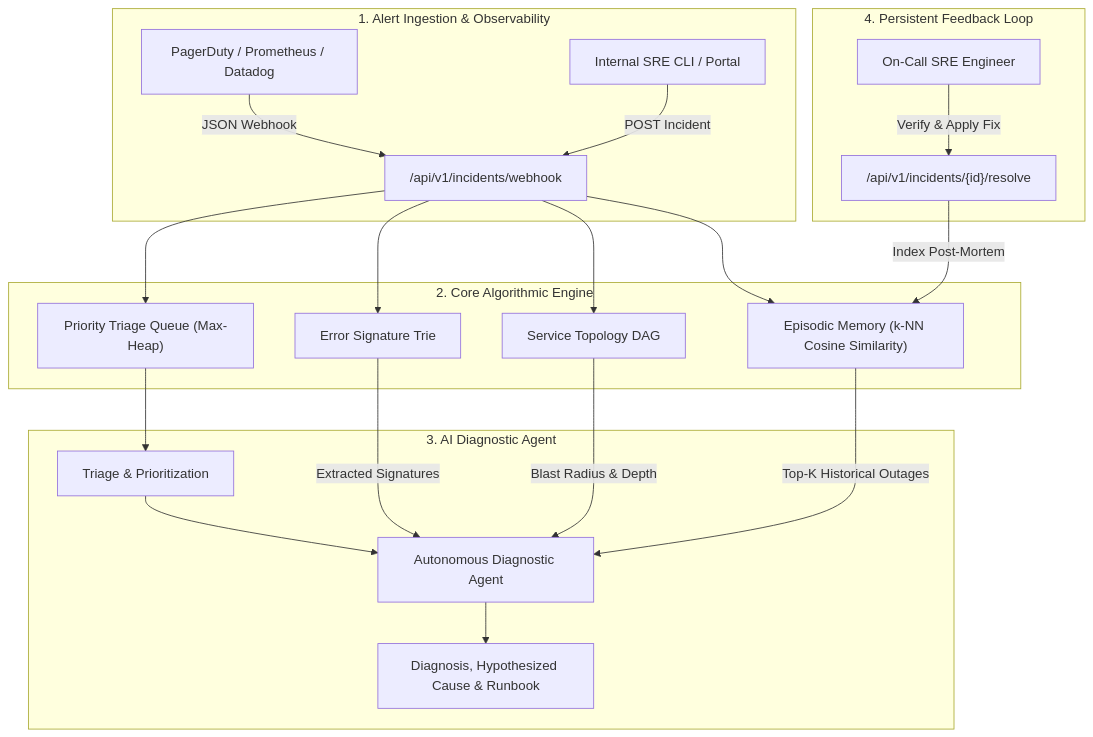
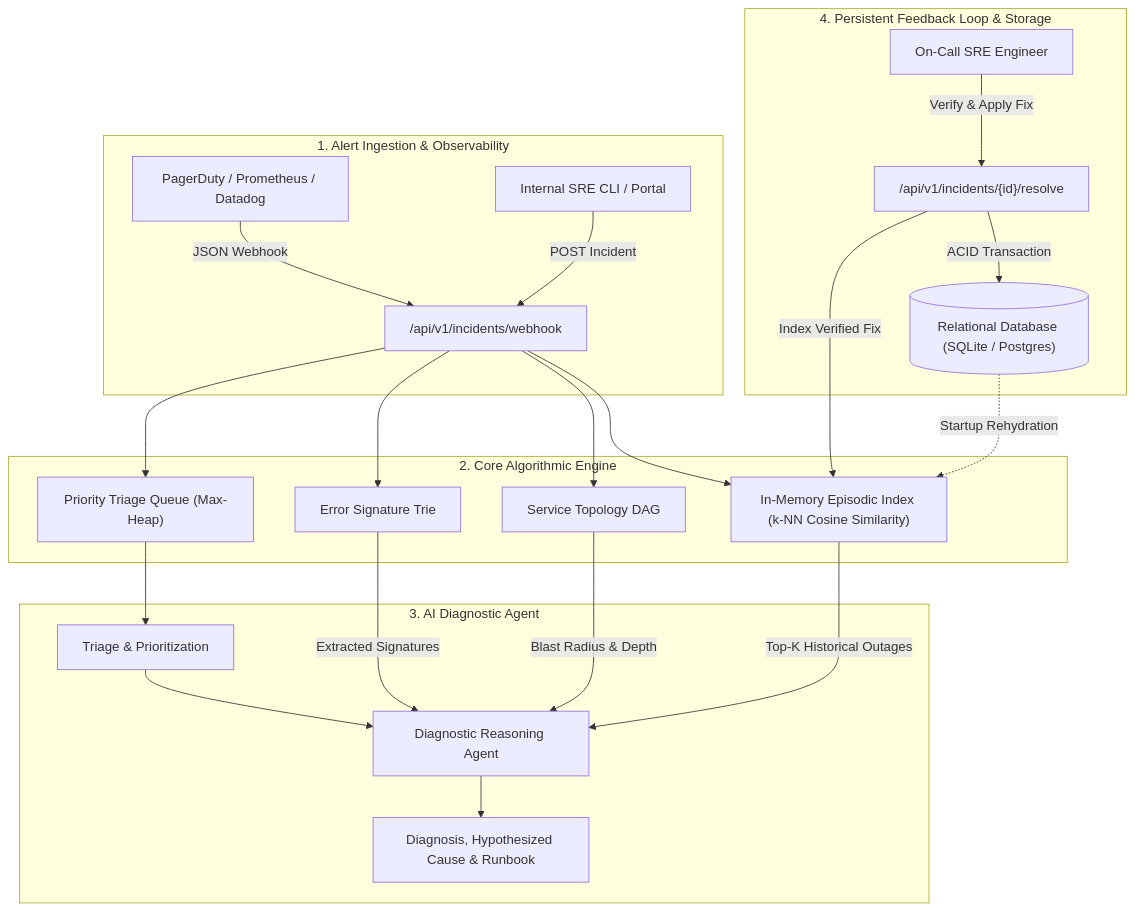
One commit to Anushreer22/RecallOps-AI changed the diagram in docs/SYSTEM_DESIGN.md. Above: the diagram before and after it, drawn with Mermaid. The commit also changed other lines of this file and 12 other files, not shown here.

Commit message:
feat(memory): implement persistent episodic memory

````diff
--- a/docs/SYSTEM_DESIGN.md
+++ b/docs/SYSTEM_DESIGN.md
@@ -13,28 +13,30 @@
 ```mermaid
 flowchart TD
     subgraph Ingestion["1. Alert Ingestion & Observability"]
         PD[PagerDuty / Prometheus / Datadog] -->|JSON Webhook| IngestAPI["/api/v1/incidents/webhook"]
         CLI[Internal SRE CLI / Portal] -->|POST Incident| IngestAPI
     end
 
     subgraph CoreEngine["2. Core Algorithmic Engine"]
         IngestAPI --> PQ["Priority Triage Queue (Max-Heap)"]
         IngestAPI --> Trie["Error Signature Trie"]
         IngestAPI --> Graph["Service Topology DAG"]
-        IngestAPI --> VectorIndex["Episodic Memory (k-NN Cosine Similarity)"]
+        IngestAPI --> VectorIndex["In-Memory Episodic Index (k-NN Cosine Similarity)"]
     end
 
     subgraph Agent["3. AI Diagnostic Agent"]
         PQ --> TriageDispatcher["Triage & Prioritization"]
-        TriageDispatcher --> AgentCore["Autonomous Diagnostic Agent"]
+        TriageDispatcher --> AgentCore["Diagnostic Reasoning Agent"]
         Trie -->|Extracted Signatures| AgentCore
         Graph -->|Blast Radius & Depth| AgentCore
         VectorIndex -->|Top-K Historical Outages| AgentCore
         AgentCore --> Output["Diagnosis, Hypothesized Cause & Runbook"]
     end
 
-    subgraph Feedback["4. Persistent Feedback Loop"]
+    subgraph Feedback["4. Persistent Feedback Loop & Storage"]
         Engineer["On-Call SRE Engineer"] -->|Verify & Apply Fix| ResolveAPI["/api/v1/incidents/{id}/resolve"]
-        ResolveAPI -->|Index Post-Mortem| VectorIndex
+        ResolveAPI -->|ACID Transaction| RDB[("Relational Database (SQLite / Postgres)")]
+        ResolveAPI -->|Index Verified Fix| VectorIndex
+        RDB -.->|Startup Rehydration| VectorIndex
     end
 ```
````
